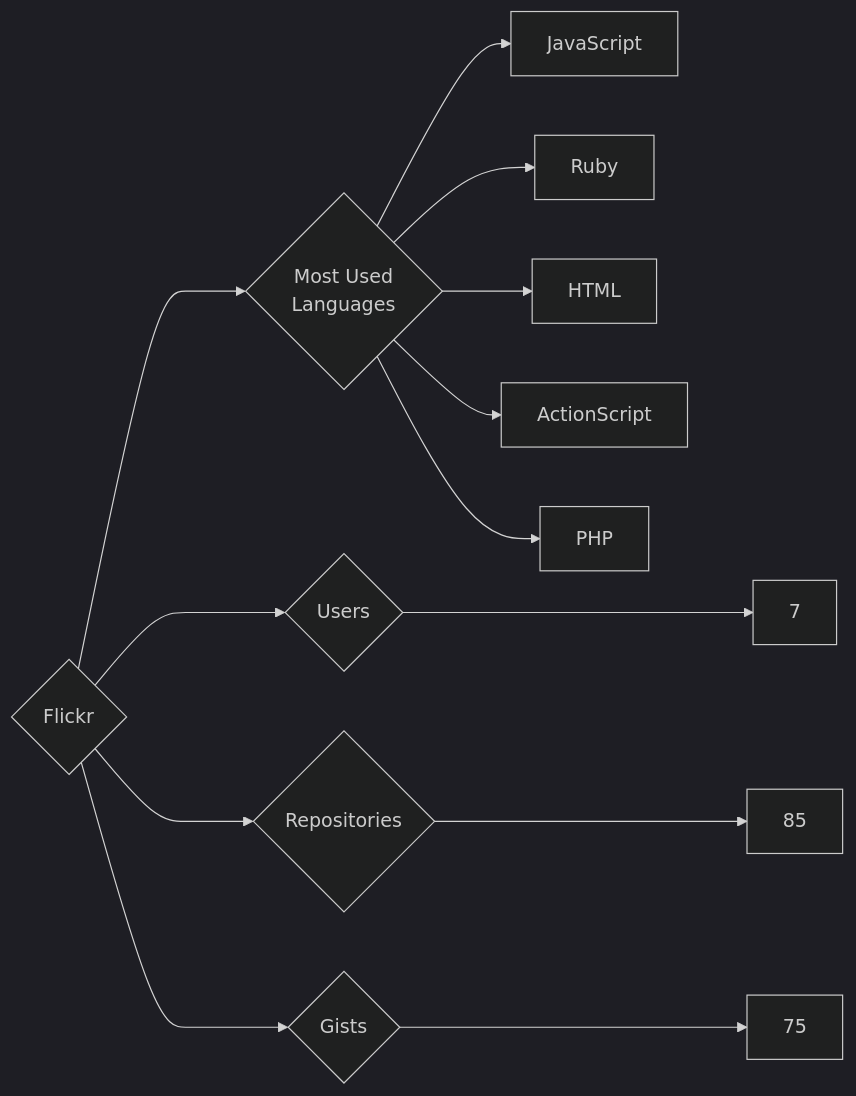
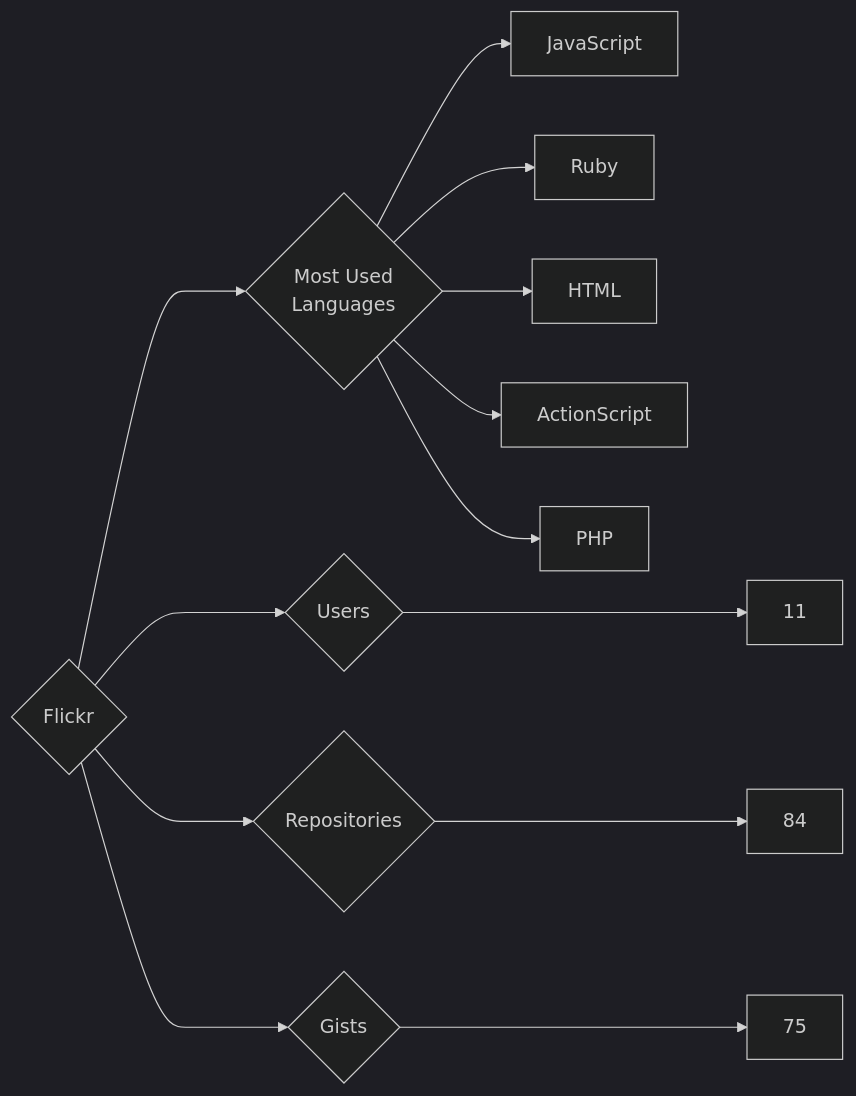
Before and after one commit to trickest/insiders: the diagram in targets/Flickr/README.md, drawn with Mermaid (dark theme). The commit also changed 1195 other files, not shown here.

````diff
--- a/targets/Flickr/README.md
+++ b/targets/Flickr/README.md
@@ -3,13 +3,13 @@
 ```mermaid
 graph LR
 COMPANY_NAME{Flickr}
-COMPANY_NAME ---> U{Users} ---> UN[7]
-COMPANY_NAME ---> R{Repositories} ---> RN[85]
+COMPANY_NAME ---> U{Users} ---> UN[11]
+COMPANY_NAME ---> R{Repositories} ---> RN[84]
 COMPANY_NAME ---> G{Gists} ---> GN[75]
 COMPANY_NAME ---> ML{Most Used<br>Languages}
 ML --> JavaScript[JavaScript]
 ML --> Ruby[Ruby]
 ML --> HTML[HTML]
 ML --> ActionScript[ActionScript]
 ML --> PHP[PHP]
 ```
````
